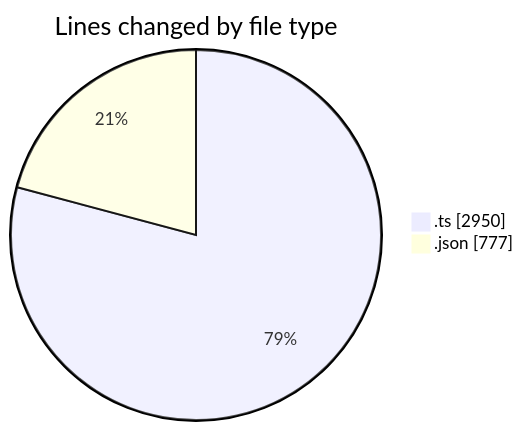
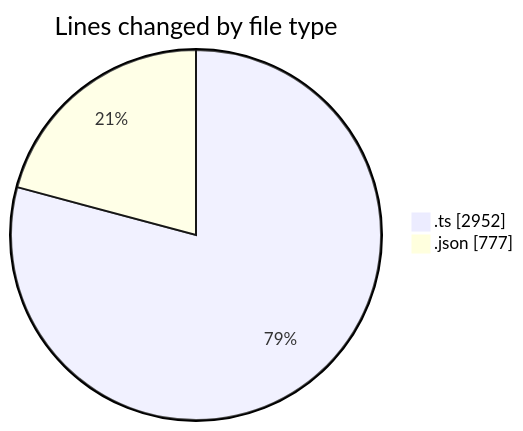
Before and after one commit to charlie-sans/code-tracking: the first of 2 diagrams in 2025-04-30/masm-lsp/README.md, drawn with Mermaid. The commit also changed other lines of this file and 1 other file, not shown here.

````diff
--- a/2025-04-30/masm-lsp/README.md
+++ b/2025-04-30/masm-lsp/README.md
@@ -22,6 +22,6 @@
 ```mermaid
 pie showData
 title Lines changed by file type
-".ts" : 2950
+".ts" : 2952
 ".json" : 777
 ```
````
